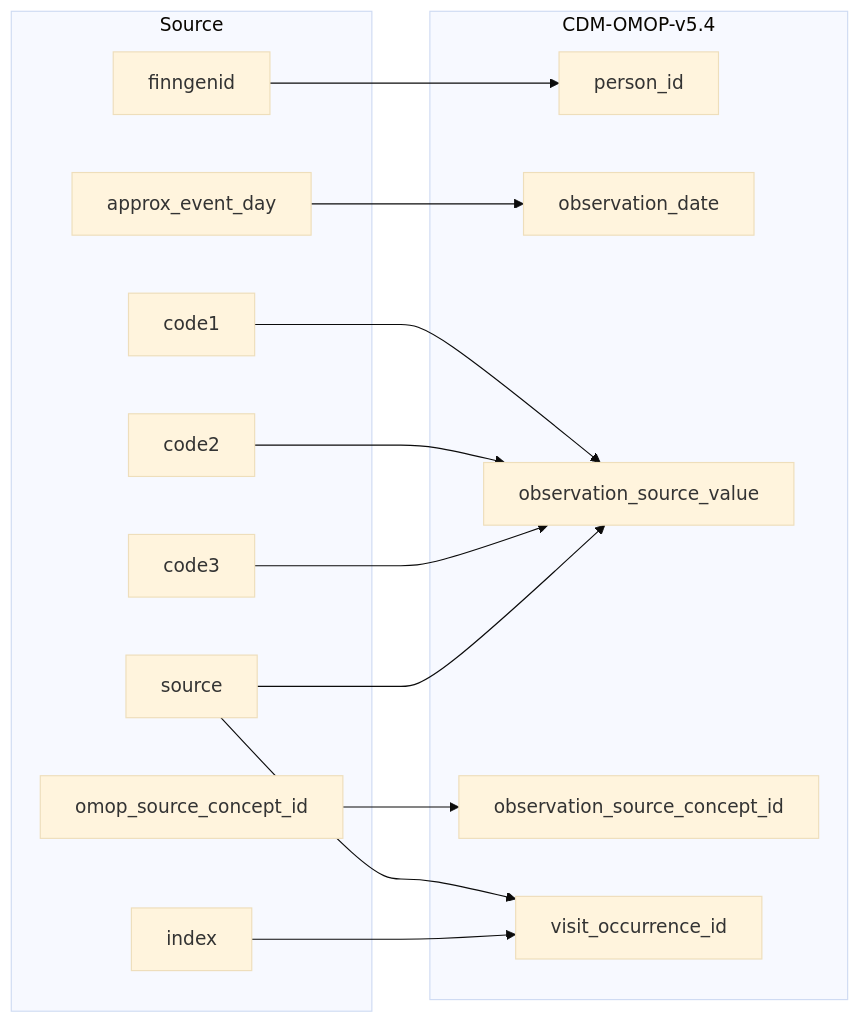
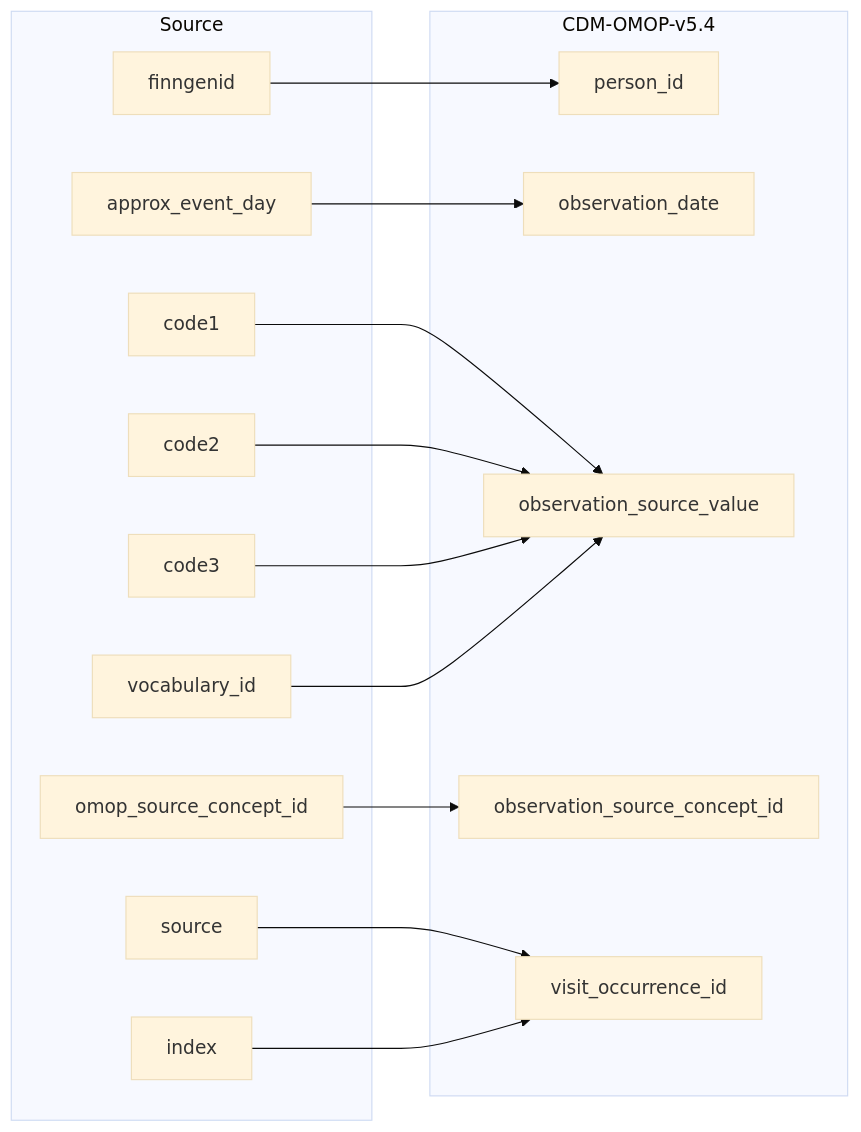
Before and after one commit to FINNGEN/ETL: the diagram in 2_etl_specifications/documentation/stem_to_observation.md, drawn with Mermaid. The commit also changed other lines of this file and 14 other files, not shown here.

First line of the commit message:
Change _source_value format from SOURCE=source to VOCAB=vocabulary_id in all domain tables

````diff
--- a/2_etl_specifications/documentation/stem_to_observation.md
+++ b/2_etl_specifications/documentation/stem_to_observation.md
@@ -10,33 +10,34 @@
 ```mermaid
 %%{init: {'theme': 'base' } }%%
 %%{init: {'theme': 'base' } }%%
 flowchart LR
     subgraph Source
         finngenid
         source
         approx_event_day
         code1
         code2
         code3
         index
+        vocabulary_id
         omop_source_concept_id
     end
 
     subgraph CDM-OMOP-v5.4
         person_id
         observation_date
         observation_source_value
         observation_source_concept_id
         visit_occurrence_id
     end
 
     finngenid-->person_id
     approx_event_day-->observation_date
     code1-->observation_source_value
     code2-->observation_source_value
     code3-->observation_source_value
-    source-->observation_source_value
+    vocabulary_id-->observation_source_value
     omop_source_concept_id-->observation_source_concept_id
     source-->visit_occurrence_id
     index-->visit_occurrence_id
 ```
````
